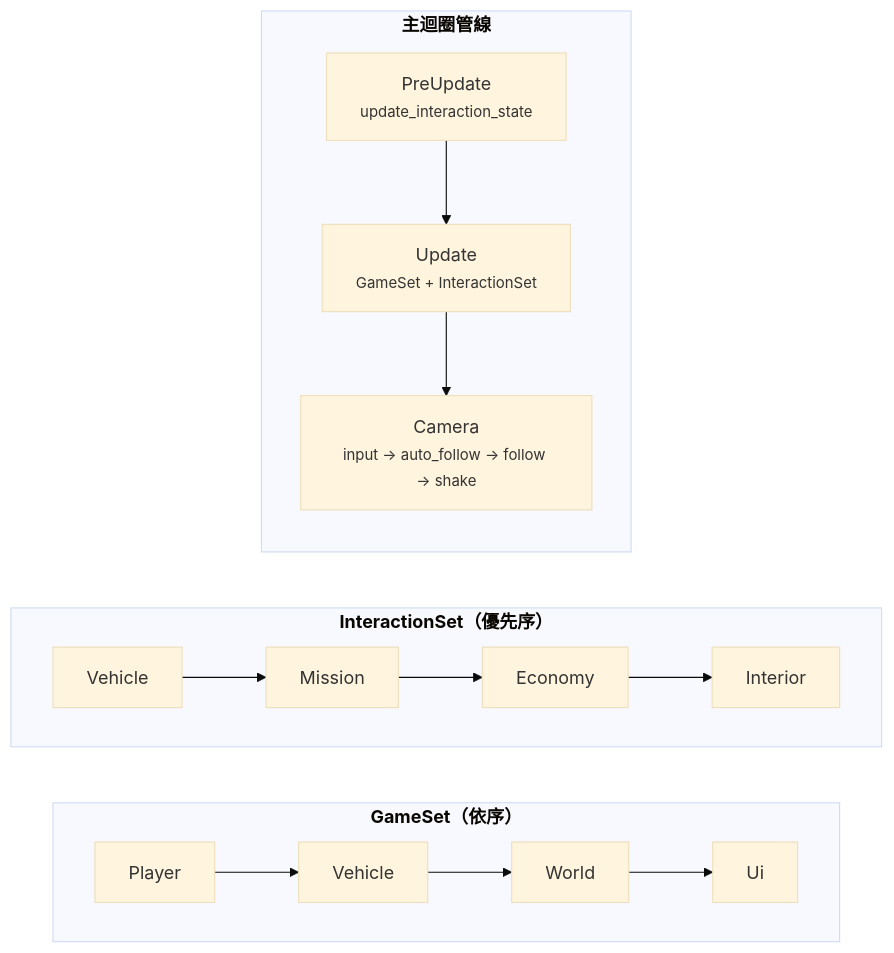
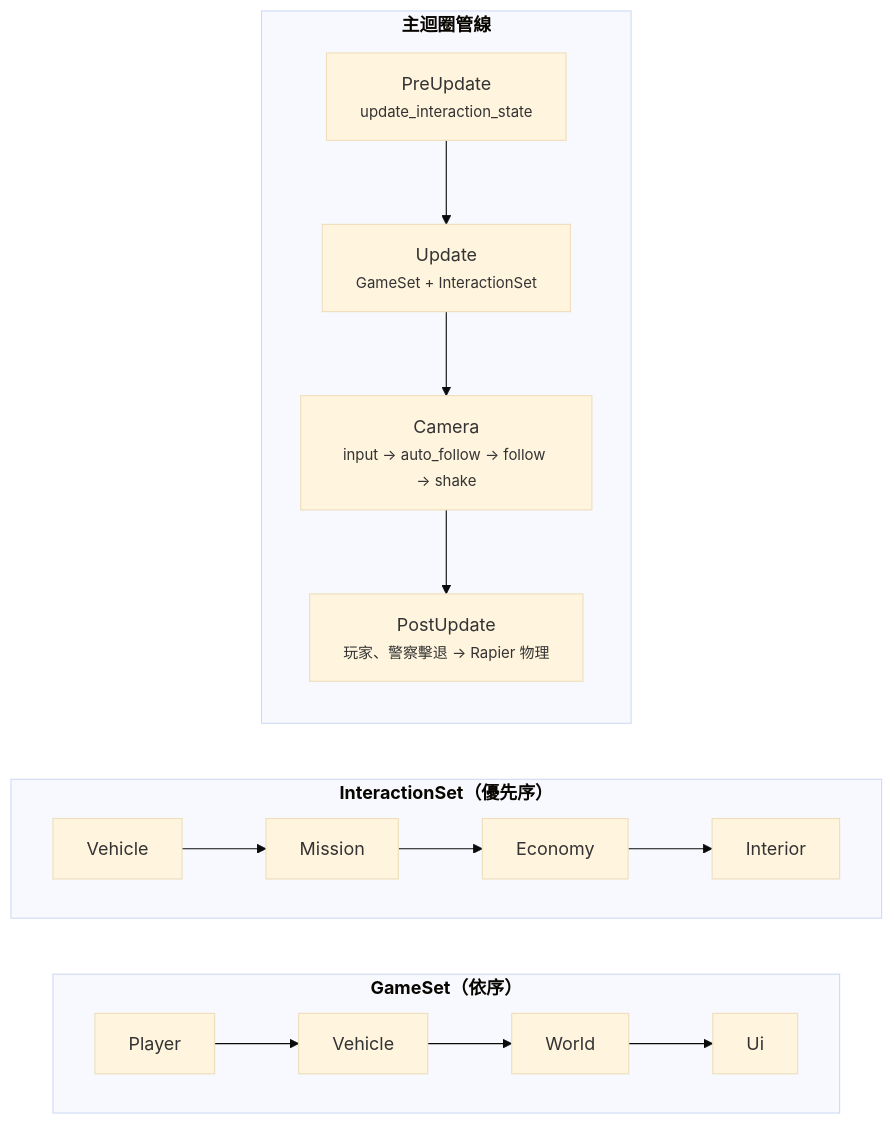
The second of 3 diagrams in .claude/rules/architecture.md (Neal75418/formosa), drawn with Mermaid (base theme) before and after one commit. The commit also changed 8 other files, not shown here.

````diff
--- a/.claude/rules/architecture.md
+++ b/.claude/rules/architecture.md
@@ -58,20 +58,21 @@
 ```mermaid
 flowchart LR
     subgraph GameSet["<b>GameSet（依序）</b>"]
         direction LR
         GS1["Player"] --> GS2["Vehicle"] --> GS3["World"] --> GS4["Ui"]
     end
 
     subgraph InteractionSet["<b>InteractionSet（優先序）</b>"]
         direction LR
         IS1["Vehicle"] --> IS2["Mission"] --> IS3["Economy"] --> IS4["Interior"]
     end
 
     subgraph Pipeline["<b>主迴圈管線</b>"]
         direction TB
         PreUpdate["PreUpdate<br><small>update_interaction_state</small>"]
         Update["Update<br><small>GameSet + InteractionSet</small>"]
         Camera_S["Camera<br><small>input → auto_follow → follow → shake</small>"]
-        PreUpdate --> Update --> Camera_S
+        PostUpdate_S["PostUpdate<br><small>玩家、警察擊退 → Rapier 物理</small>"]
+        PreUpdate --> Update --> Camera_S --> PostUpdate_S
     end
 ```
````
